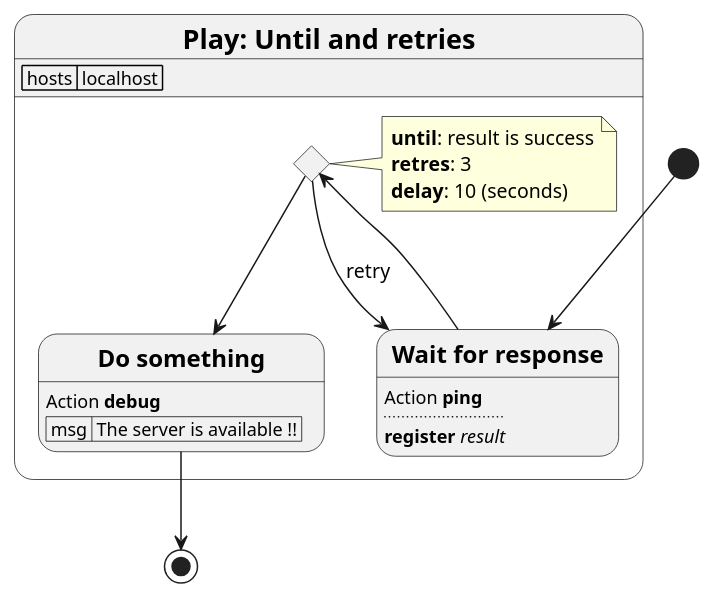
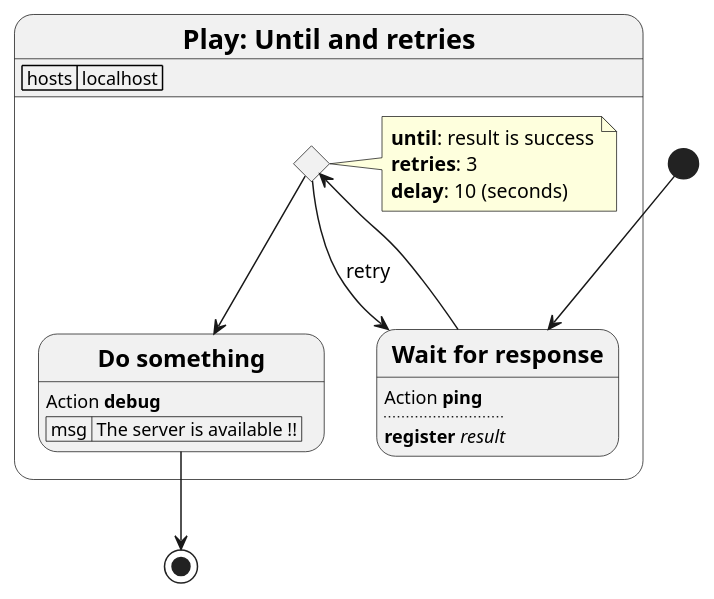
The diagram in test_playbook/expects/book_9_until_and_retry.puml (teramako/playbook2uml), drawn with PlantUML before and after one commit. The commit also changed 3 other files, not shown here.

```diff
--- a/test_playbook/expects/book_9_until_and_retry.puml
+++ b/test_playbook/expects/book_9_until_and_retry.puml
@@ -1,23 +1,23 @@
 @startuml
 state "= Play: Until and retries" as play_1 {
     play_1 : | hosts | localhost |
     state "== Wait for response" as task_1
     task_1 : Action **ping**
     task_1 : ....
     task_1 : **register** //result//
     state task_1_until <<choice>>
     note right of task_1_until
         **until**: result is success
-        **retres**: 3
+        **retries**: 3
         **delay**: 10 (seconds)
     end note
     state "== Do something" as task_2
     task_2 : Action **debug**
     task_2 : | msg | The server is available !! |
 }
 [*] --> task_1
 task_1_until --> task_2
 task_1 --> task_1_until
 task_1_until --> task_1 : retry
 task_2 --> [*]
 @enduml
```
